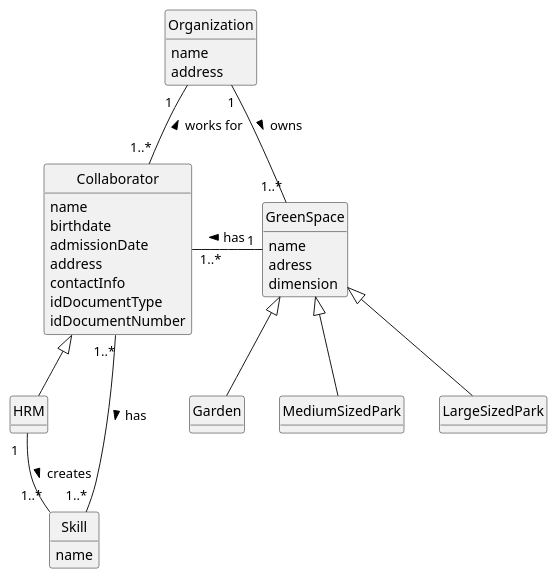
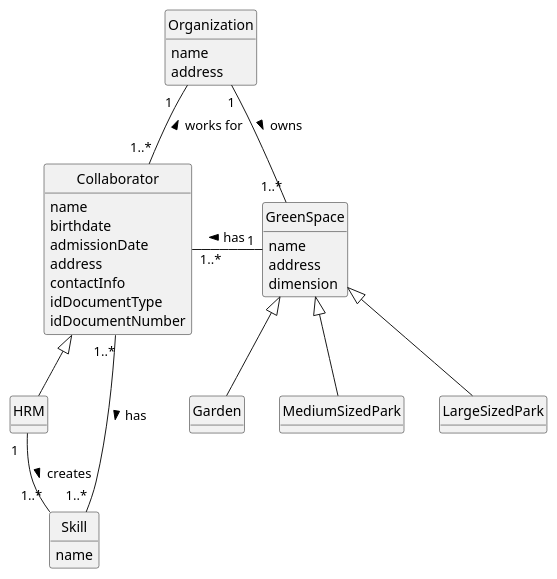
One commit to diogoveirospro/lei-24-s2-1dg-g072 changed the diagram in docs/sprintA/us001/02.analysis/puml/us001-domain-model.puml. Above: the diagram before and after it, drawn with PlantUML. The commit also changed 6 other files, not shown here.

```diff
--- a/docs/sprintA/us001/02.analysis/puml/us001-domain-model.puml
+++ b/docs/sprintA/us001/02.analysis/puml/us001-domain-model.puml
@@ -1,64 +1,64 @@
 @startuml
 skinparam monochrome true
 skinparam packageStyle rectangle
 skinparam shadowing false
 
 'left to right direction
 
 skinparam classAttributeIconSize 0
 
 hide circle
 hide methods
 
 class Collaborator {
    name
    birthdate
    admissionDate
    address
    contactInfo
    idDocumentType
    idDocumentNumber
 }
 
 class HRM {
 
 }
 
 class Skill {
     name
 }
 class GreenSpace {
     name
-    adress
+    address
     dimension
 }
 
 class Garden {
 
 }
 
 class MediumSizedPark {
 
 }
 
 class LargeSizedPark {
 
 }
+
 class Organization{
     name
     address
-
 }
 
 
 
 Collaborator "1..*" - "1" GreenSpace: has <
 Skill "1..*" - "1..*" Collaborator: has <
 HRM "1  " -- "1..*" Skill: creates >
 Collaborator <|-- HRM
 GreenSpace <|-- Garden
 GreenSpace <|-- MediumSizedPark
 GreenSpace <|-- LargeSizedPark
 Organization "1" -- "1..*" GreenSpace: owns >
 Organization "1   " -- "1..*" Collaborator: works for <
 @enduml
```
